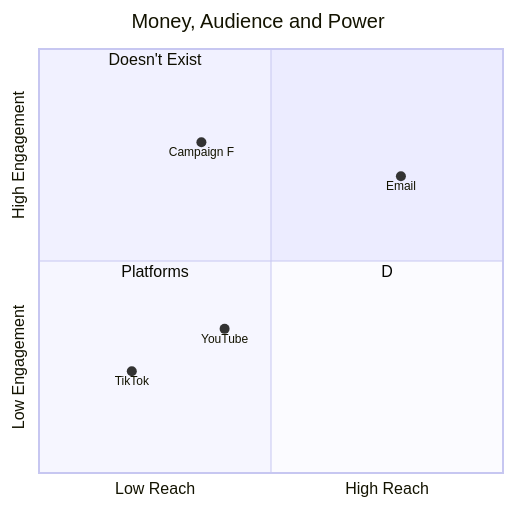
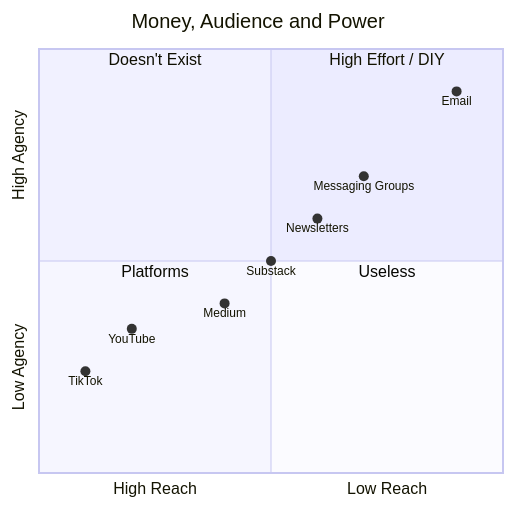
The diagram in content/episodes/6.md (NamtaoProductions/decapsulate.com), drawn with Mermaid before and after one commit. The commit also changed other lines of this file, not shown here.

Commit message:
chore(content): Update episode 6 content and diagram

````diff
--- a/content/episodes/6.md
+++ b/content/episodes/6.md
@@ -29,14 +29,18 @@
 ```mermaid
 quadrantChart
     title Money, Audience and Power
  
-   x-axis Low Reach --> High Reach
-    y-axis Low Engagement --> High Engagement
+   x-axis High Reach --> Low Reach
+    y-axis Low Agency --> High Agency
+    quadrant-1 High Effort / DIY
     quadrant-2 Doesn't Exist
     quadrant-3 Platforms
-    quadrant-4 D
-    Email: [0.78, 0.7]
-    YouTube: [0.40, 0.34]
-    TikTok: [0.20, 0.24]
-    Campaign F: [0.35, 0.78]
+    quadrant-4 Useless
+    Email: [0.9, 0.9]
+    Messaging Groups: [0.7, 0.7]
+    YouTube: [0.20, 0.34]
+    TikTok: [0.10, 0.24]
+    Medium: [0.4, 0.4]
+    Substack: [0.5, 0.5]
+    Newsletters: [0.6, 0.6]
 ```
````
